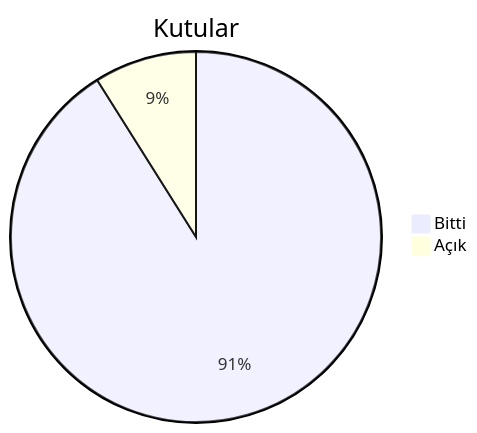
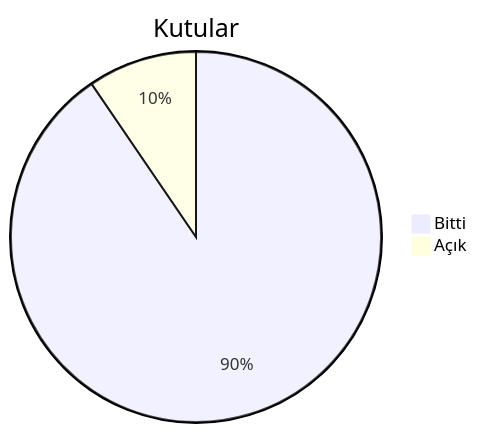
Before and after one commit to dogancanyildiz/kenet: the second of 4 diagrams in docs/roadmap.md, drawn with Mermaid. The commit also changed other lines of this file and 1 other file, not shown here.

````diff
--- a/docs/roadmap.md
+++ b/docs/roadmap.md
@@ -45,5 +46,5 @@
 ```mermaid
 pie title Kutular
-    "Bitti" : 112
-    "Açık" : 11
+    "Bitti" : 114
+    "Açık" : 12
 ```
````
